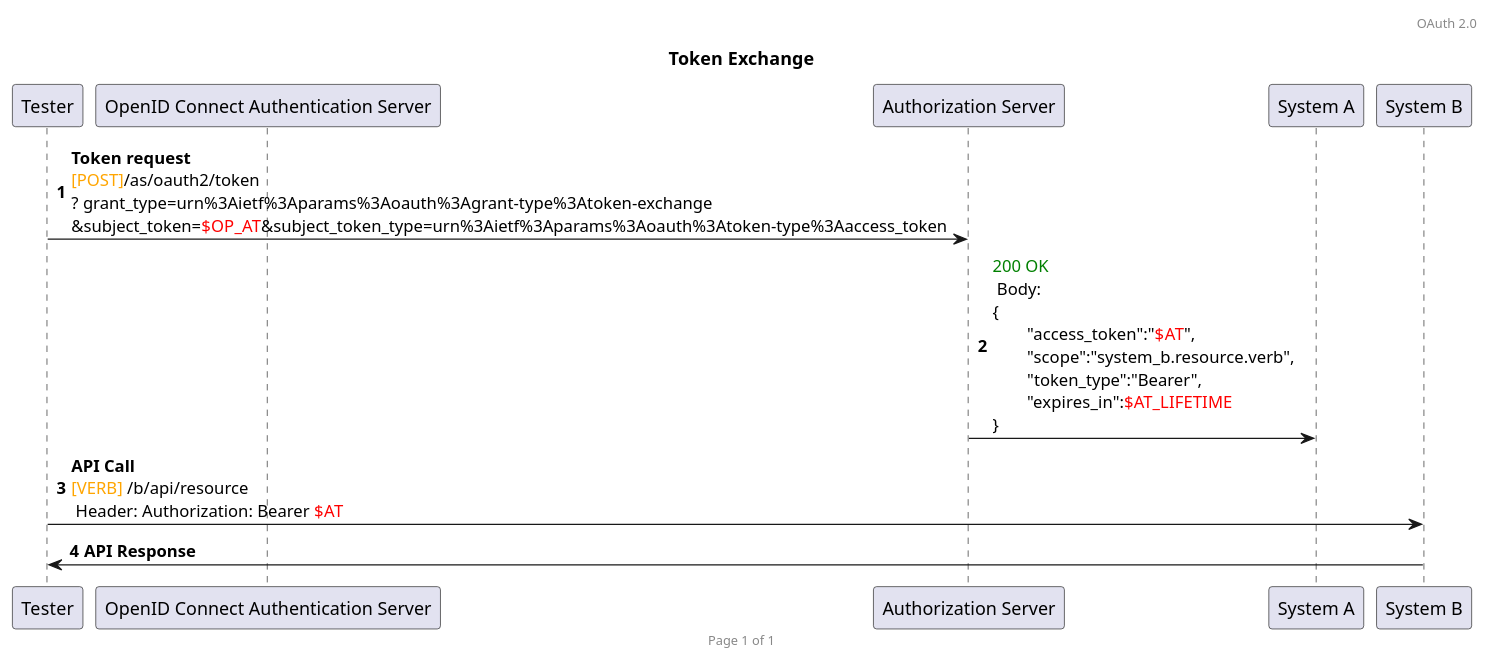
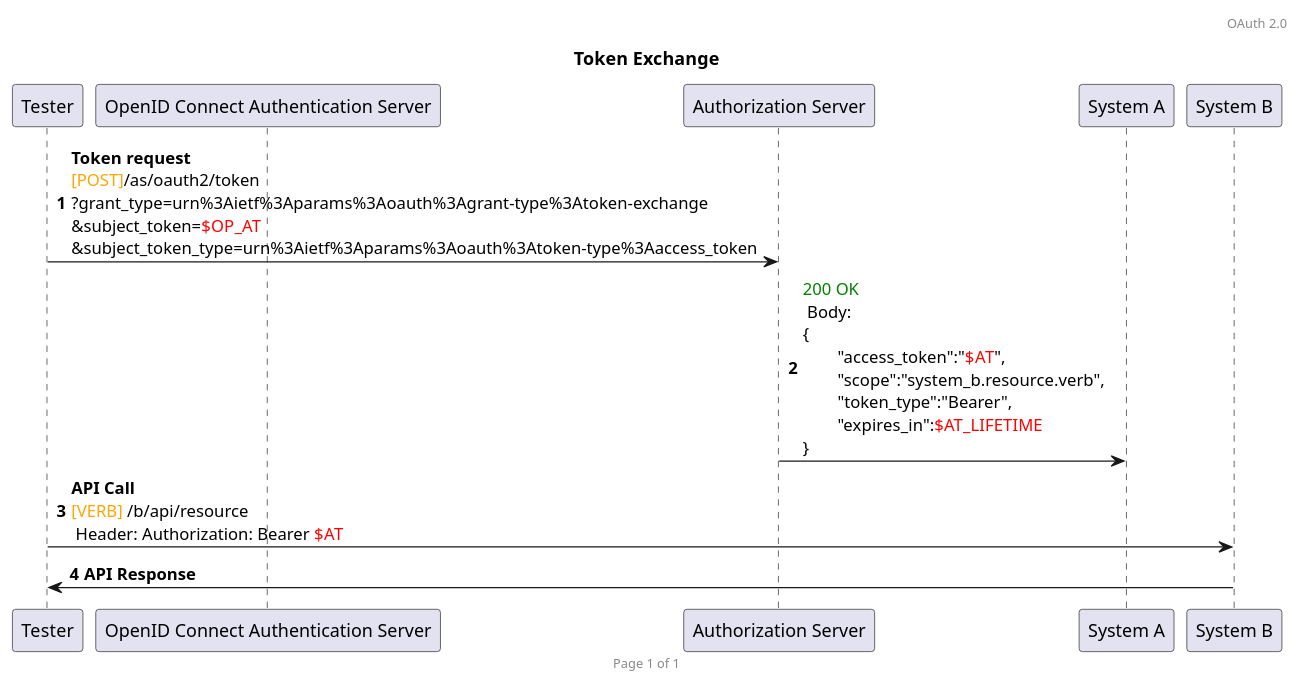
The diagram in plantuml/oauth2/token_exchange_system_impersonation.plantuml (HenriLefevrePro/Articles), drawn with PlantUML before and after one commit.

```diff
--- a/plantuml/oauth2/token_exchange_system_impersonation.plantuml
+++ b/plantuml/oauth2/token_exchange_system_impersonation.plantuml
@@ -1,20 +1,20 @@
 @startuml
 
 header OAuth 2.0
 footer Page %page% of %lastpage%
 
 title Token Exchange
 autonumber
 
 participant T as "Tester"
 participant OP as "OpenID Connect Authentication Server"
 participant Auth as "Authorization Server"
 participant A as "System A"
 participant B as "System B"
 
-T -> Auth : **Token request**\n<font color=orange>[POST]</font>/as/oauth2/token\n? grant_type=urn%3Aietf%3Aparams%3Aoauth%3Agrant-type%3Atoken-exchange\n&subject_token=<font color=red>$OP_AT</font>&subject_token_type=urn%3Aietf%3Aparams%3Aoauth%3Atoken-type%3Aaccess_token
+T -> Auth : **Token request**\n<font color=orange>[POST]</font>/as/oauth2/token\n?grant_type=urn%3Aietf%3Aparams%3Aoauth%3Agrant-type%3Atoken-exchange\n&subject_token=<font color=red>$OP_AT</font>\n&subject_token_type=urn%3Aietf%3Aparams%3Aoauth%3Atoken-type%3Aaccess_token
 Auth -> A : <font color=green>200 OK</font> \n Body: \n{\n\t"access_token":"<font color=red>$AT</font>",\n\t"scope":"system_b.resource.verb",\n\t"token_type":"Bearer",\n\t"expires_in":<font color=red>$AT_LIFETIME</font>\n}
 
 T -> B : **API Call** \n<font color=orange>[VERB]</font> /b/api/resource\n Header: Authorization: Bearer <font color=red>$AT</font>
 B -> T : **API Response**
 @enduml
```
